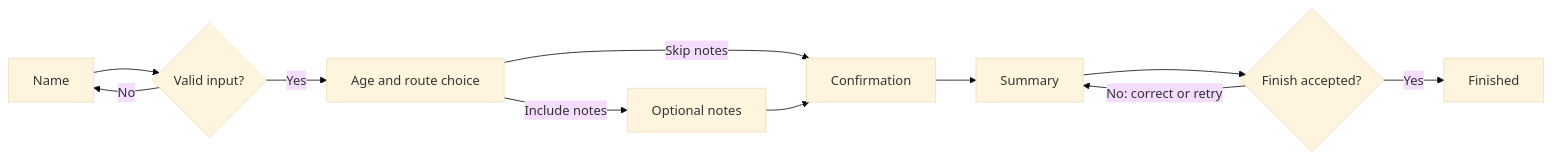
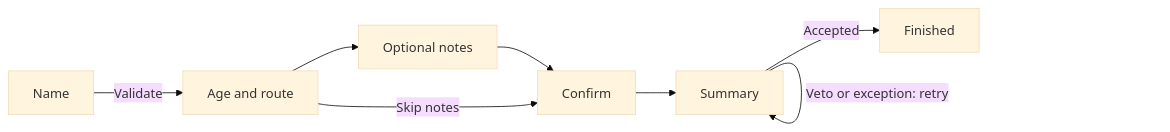
One commit to HermanSchoenfeld/PascalFramework changed the third of 3 diagrams in README.md. Above: the diagram before and after it, drawn with Mermaid (base theme). The commit also changed other lines of this file and 14 other files, not shown here.

Commit message:
Document the public API with branding, diagrams and native examples

````diff
--- a/README.md
+++ b/README.md
@@ -426,13 +484,9 @@
 ```mermaid
 flowchart LR
-    name["Name"] --> valid{"Valid input?"}
-    valid -->|No| name
-    valid -->|Yes| age["Age and route choice"]
-    age -->|Include notes| notes["Optional notes"]
-    age -->|Skip notes| confirm["Confirmation"]
-    notes --> confirm
+    name["Name"] -->|Validate| age["Age and route"]
+    age --> notes["Optional notes"] --> confirm["Confirm"]
+    age -->|Skip notes| confirm
     confirm --> summary["Summary"]
-    summary --> accept{"Finish accepted?"}
-    accept -->|No: correct or retry| summary
-    accept -->|Yes| done["Finished"]
+    summary -->|Accepted| done["Finished"]
+    summary -->|Veto or exception: retry| summary
 ```
````
